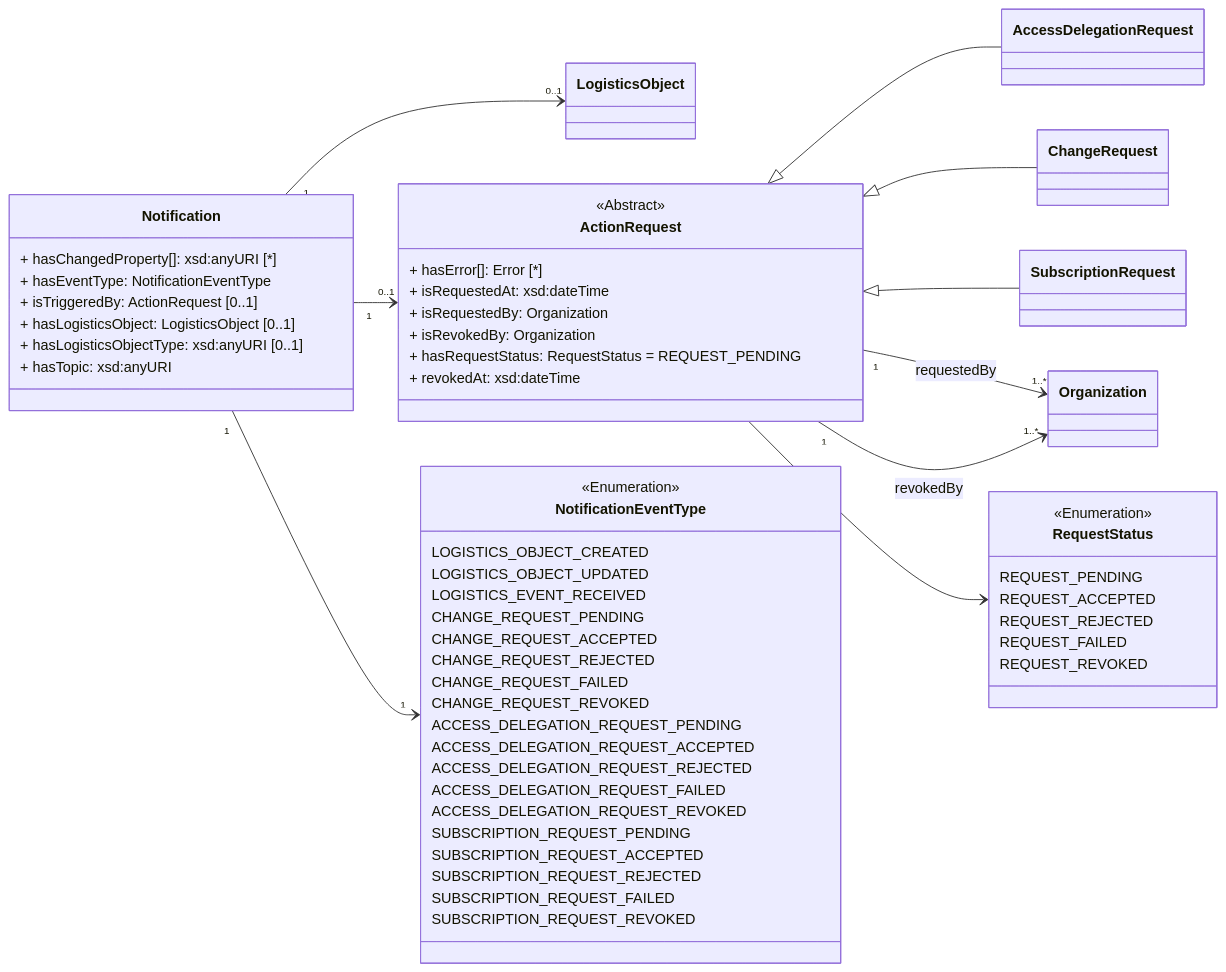
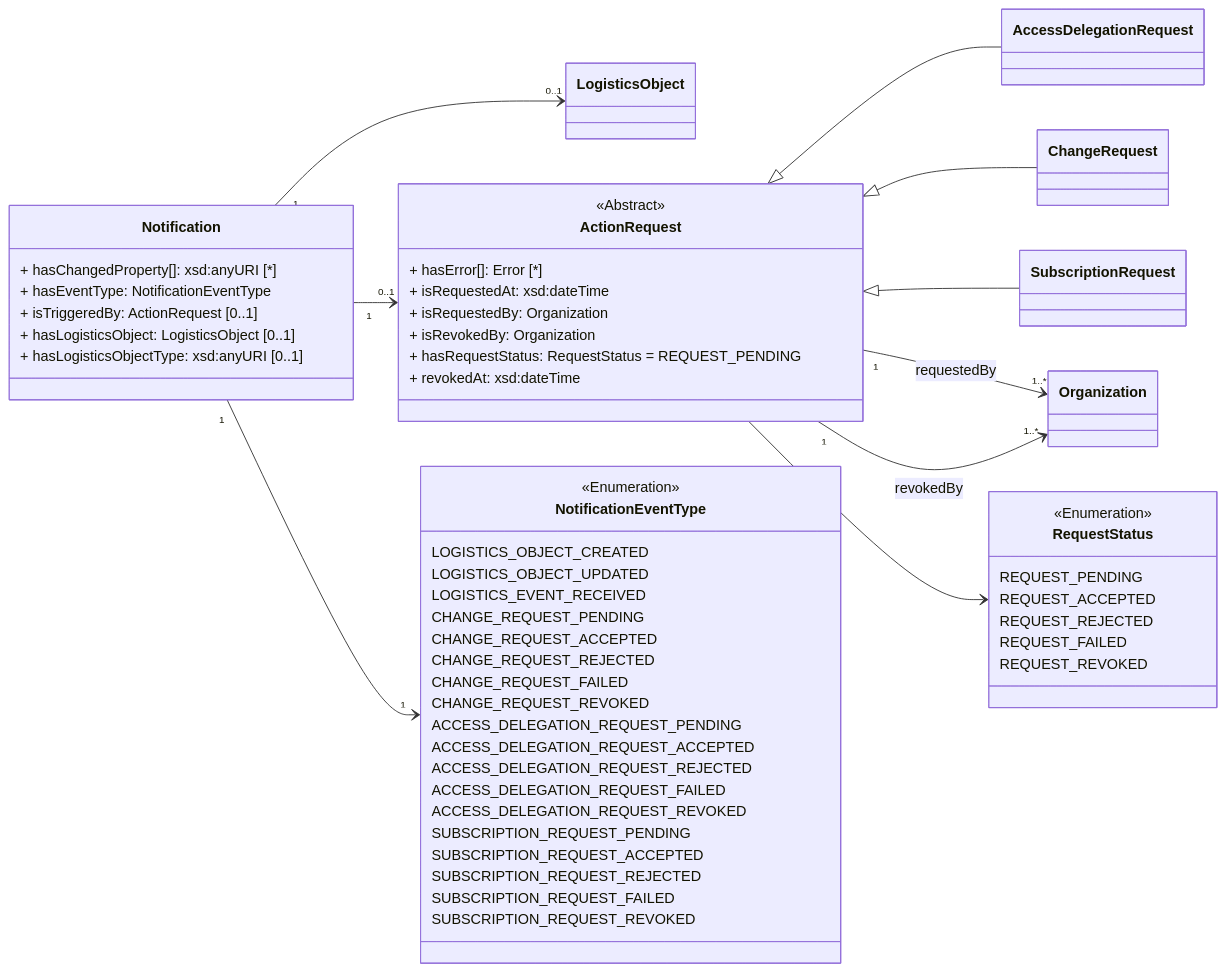
One commit to IATA-Cargo/ONE-Record changed the diagram in working_draft/API/docs/notifications.md. Above: the diagram before and after it, drawn with Mermaid. The commit also changed 3 other files, not shown here.

First line of the commit message:
removed hasTopic from Notification data object

````diff
--- a/working_draft/API/docs/notifications.md
+++ b/working_draft/API/docs/notifications.md
@@ -25,77 +25,75 @@
 ```mermaid
     classDiagram
 
     direction LR   
 
     class LogisticsObject{                
     }
 
     class Organization{        
     }  
 
     class ActionRequest {
         <<Abstract>>         
         + hasError[]: Error [*]
         + isRequestedAt: xsd:dateTime         
         + isRequestedBy: Organization            
         + isRevokedBy: Organization 
         + hasRequestStatus: RequestStatus = REQUEST_PENDING
         + revokedAt: xsd:dateTime                 
     }
     ActionRequest <|-- AccessDelegationRequest
     ActionRequest <|-- ChangeRequest
     ActionRequest <|-- SubscriptionRequest
 
     ActionRequest "1" --> "1..*" Organization : requestedBy    
     ActionRequest --> RequestStatus                
     ActionRequest "1" --> "1..*" Organization : revokedBy
 
     class Notification{
         + hasChangedProperty[]: xsd:anyURI [*]        
         + hasEventType: NotificationEventType
         + isTriggeredBy: ActionRequest [0..1]  
         + hasLogisticsObject: LogisticsObject [0..1]
-        + hasLogisticsObjectType: xsd:anyURI [0..1]                
-        + hasTopic: xsd:anyURI
-        
+        + hasLogisticsObjectType: xsd:anyURI [0..1]     
     }
     Notification "1"--> "0..1" LogisticsObject
     Notification "1" --> "1" NotificationEventType
     Notification "1" --> "0..1" ActionRequest  
 
     class NotificationEventType{
         <<Enumeration>>
         LOGISTICS_OBJECT_CREATED
         LOGISTICS_OBJECT_UPDATED
 
         LOGISTICS_EVENT_RECEIVED
 
         CHANGE_REQUEST_PENDING
         CHANGE_REQUEST_ACCEPTED                
         CHANGE_REQUEST_REJECTED
         CHANGE_REQUEST_FAILED        
         CHANGE_REQUEST_REVOKED
         
 
         ACCESS_DELEGATION_REQUEST_PENDING
         ACCESS_DELEGATION_REQUEST_ACCEPTED                
         ACCESS_DELEGATION_REQUEST_REJECTED
         ACCESS_DELEGATION_REQUEST_FAILED
         ACCESS_DELEGATION_REQUEST_REVOKED
 
         SUBSCRIPTION_REQUEST_PENDING
         SUBSCRIPTION_REQUEST_ACCEPTED                
         SUBSCRIPTION_REQUEST_REJECTED
         SUBSCRIPTION_REQUEST_FAILED
         SUBSCRIPTION_REQUEST_REVOKED
     }
 
     class RequestStatus{
         <<Enumeration>>
         REQUEST_PENDING
         REQUEST_ACCEPTED
         REQUEST_REJECTED
         REQUEST_FAILED
         REQUEST_REVOKED        
     }
 ```
````
